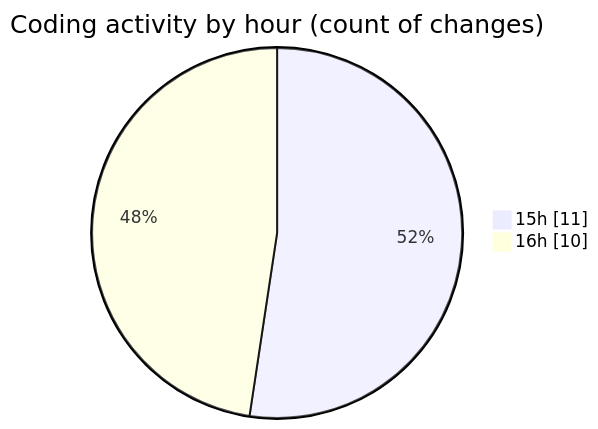
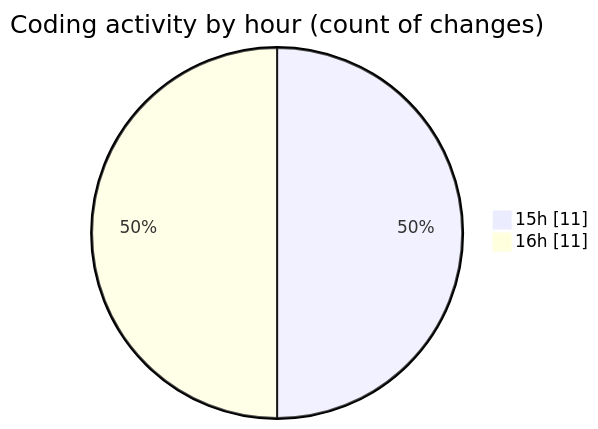
The second of 2 diagrams in 2025-03-08/mbc-web/README.md (robertbonfada/code-tracking), drawn with Mermaid before and after one commit. The commit also changed other lines of this file and 1 other file, not shown here.

````diff
--- a/2025-03-08/mbc-web/README.md
+++ b/2025-03-08/mbc-web/README.md
@@ -34,6 +34,6 @@
 ```mermaid
 pie showData
 title Coding activity by hour (count of changes)
 "15h" : 11
-"16h" : 10
+"16h" : 11
 ```
````
